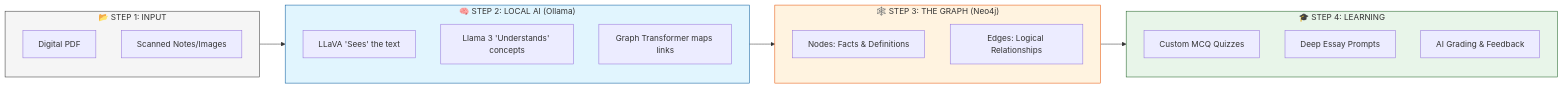
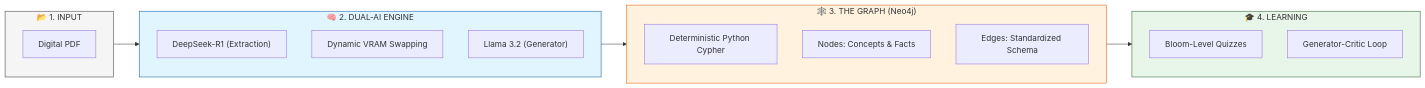
The first of 2 diagrams in ARCHITECTURE.md (YoussefMoHlemyAlpha/GraphRAG-Edu-Suite), drawn with Mermaid before and after one commit. The commit also changed other lines of this file and 4 other files, not shown here.

Commit message:
feat: Implement dual-model AI engine with dynamic VRAM swapping and deterministic Cypher generation, updating architecture documentation and adding core engine components.

````diff
--- a/ARCHITECTURE.md
+++ b/ARCHITECTURE.md
@@ -9,38 +8,36 @@
 ```mermaid
 flowchart LR
-    subgraph INPUT ["📂 STEP 1: INPUT"]
+    subgraph INPUT ["📂 1. INPUT"]
         direction TB
         A1["Digital PDF"]
-        A2["Scanned Notes/Images"]
     end
 
-    subgraph BRAIN ["🧠 STEP 2: LOCAL AI (Ollama)"]
+    subgraph BRAIN ["🧠 2. DUAL-AI ENGINE"]
         direction TB
-        B1["LLaVA 'Sees' the text"]
-        B2["Llama 3 'Understands' concepts"]
-        B3["Graph Transformer maps links"]
+        B1["DeepSeek-R1 (Extraction)"]
+        B2["Dynamic VRAM Swapping"]
+        B3["Llama 3.2 (Generator)"]
     end
 
-    subgraph KNOWLEDGE ["🕸️ STEP 3: THE GRAPH (Neo4j)"]
+    subgraph KNOWLEDGE ["🕸️ 3. THE GRAPH (Neo4j)"]
         direction TB
-        C1["Nodes: Facts & Definitions"]
-        C2["Edges: Logical Relationships"]
+        C1["Deterministic Python Cypher"]
+        C2["Nodes: Concepts & Facts"]
+        C3["Edges: Standardized Schema"]
     end
 
-    subgraph OUTPUT ["🎓 STEP 4: LEARNING"]
+    subgraph OUTPUT ["🎓 4. LEARNING"]
         direction TB
-        D1["Custom MCQ Quizzes"]
-        D2["Deep Essay Prompts"]
-        D3["AI Grading & Feedback"]
+        D1["Bloom-Level Quizzes"]
+        D2["Generator-Critic Loop"]
     end
 
     INPUT --> BRAIN
     BRAIN --> KNOWLEDGE
     KNOWLEDGE --> OUTPUT
     
-    %% Styling
     style INPUT fill:#f5f5f5,stroke:#333
     style BRAIN fill:#e1f5fe,stroke:#01579b
     style KNOWLEDGE fill:#fff3e0,stroke:#e65100
     style OUTPUT fill:#e8f5e9,stroke:#1b5e20
 ```
````
